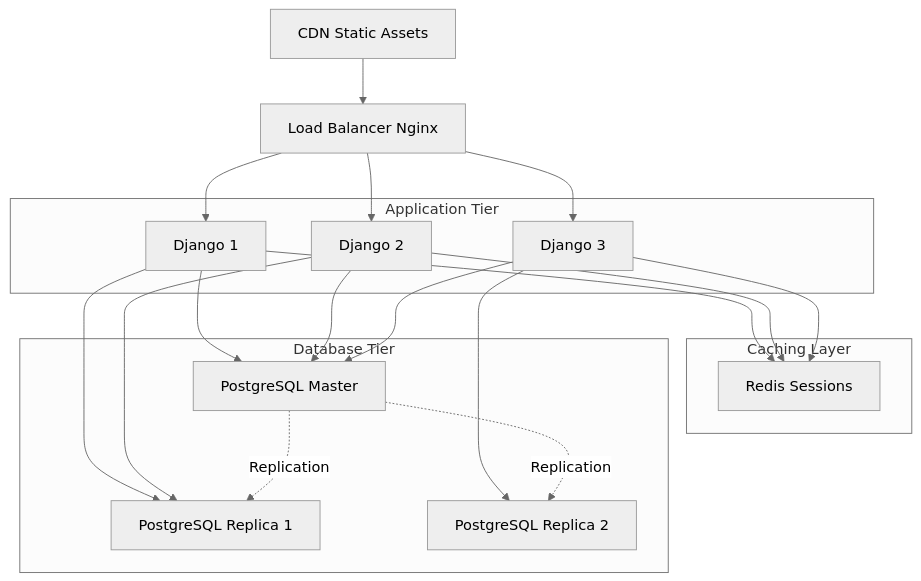
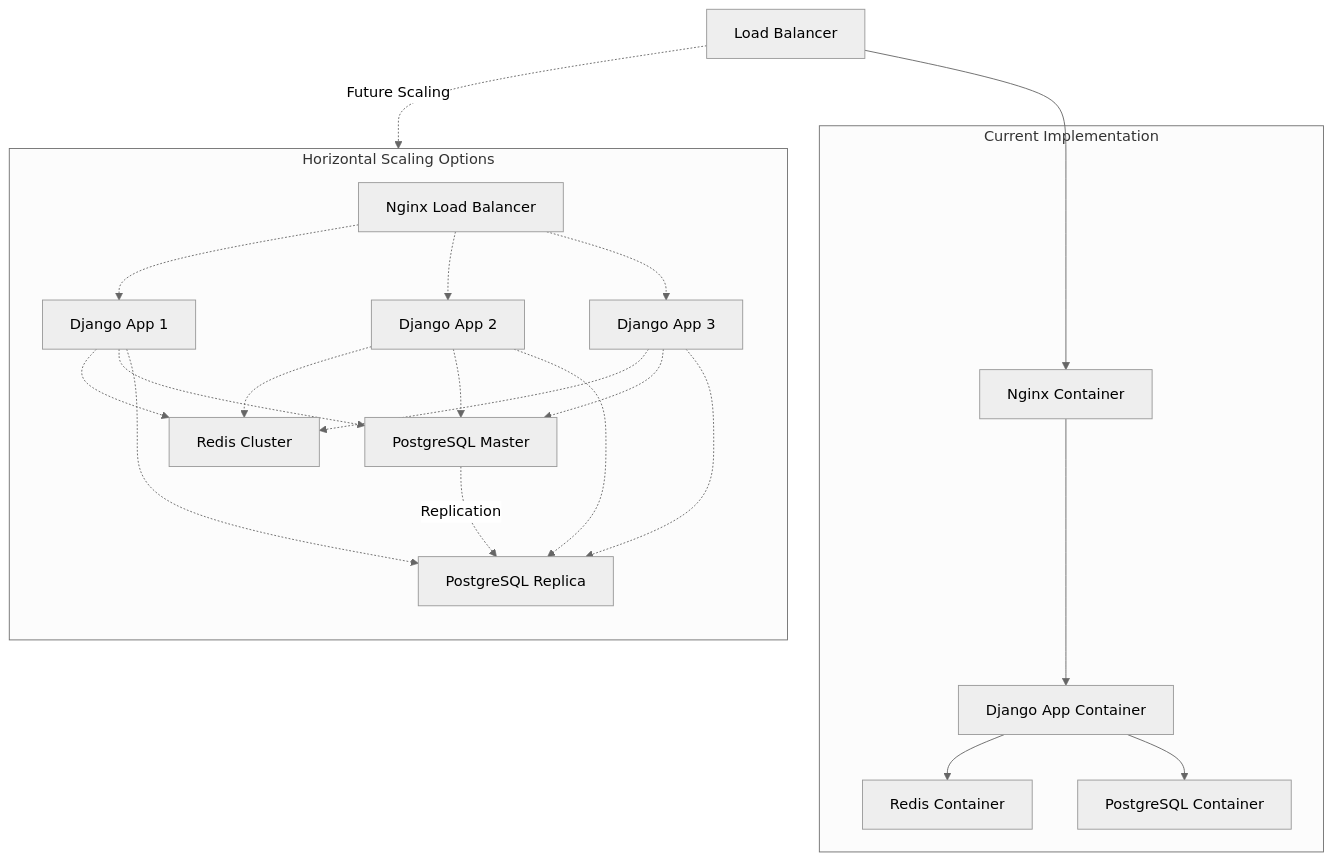
One commit to iam4sec/devops_todo_app changed the sixth of 6 diagrams in ARCHITECTURE.md. Above: the diagram before and after it, drawn with Mermaid (neutral theme). The commit also changed other lines of this file, not shown here.

Commit message:
Refactor architecture documentation to enhance clarity; update system architecture diagram and security features, and improve component descriptions for Docker environment.

````diff
--- a/ARCHITECTURE.md
+++ b/ARCHITECTURE.md
@@ -261,41 +276,42 @@
 ```mermaid
 graph TB
-    CDN["CDN Static Assets"]
-    LB["Load Balancer Nginx"]
+    LB["Load Balancer"]
     
-    subgraph App["Application Tier"]
-        D1["Django 1"]
-        D2["Django 2"]
-        D3["Django 3"]
+    subgraph Current["Current Implementation"]
+        Nginx1["Nginx Container"]
+        App1["Django App Container"]
+        Redis1["Redis Container"]
+        DB1["PostgreSQL Container"]
     end
     
-    subgraph Cache["Caching Layer"]
-        Redis["Redis Sessions"]
+    subgraph Scaling["Horizontal Scaling Options"]
+        direction TB
+        Nginx2["Nginx Load Balancer"]
+        App2["Django App 1"]
+        App3["Django App 2"]
+        App4["Django App 3"]
+        Redis2["Redis Cluster"]
+        DB2["PostgreSQL Master"]
+        DB3["PostgreSQL Replica"]
     end
     
-    subgraph DB["Database Tier"]
-        Master["PostgreSQL Master"]
-        Replica1["PostgreSQL Replica 1"]
-        Replica2["PostgreSQL Replica 2"]
-    end
+    LB --> Nginx1
+    Nginx1 --> App1
+    App1 --> Redis1
+    App1 --> DB1
     
-    CDN --> LB
-    LB --> D1
-    LB --> D2
-    LB --> D3
-    
-    D1 --> Redis
-    D2 --> Redis
-    D3 --> Redis
-    
-    D1 --> Master
-    D2 --> Master
-    D3 --> Master
-    
-    D1 --> Replica1
-    D2 --> Replica1
-    D3 --> Replica2
-    
-    Master -.->|Replication| Replica1
-    Master -.->|Replication| Replica2
+    LB -.->|"Future Scaling"| Nginx2
+    Nginx2 -.-> App2
+    Nginx2 -.-> App3
+    Nginx2 -.-> App4
+    App2 -.-> Redis2
+    App3 -.-> Redis2
+    App4 -.-> Redis2
+    App2 -.-> DB2
+    App3 -.-> DB2
+    App4 -.-> DB2
+    App2 -.-> DB3
+    App3 -.-> DB3
+    App4 -.-> DB3
+    DB2 -.->|"Replication"| DB3
 ```
````
